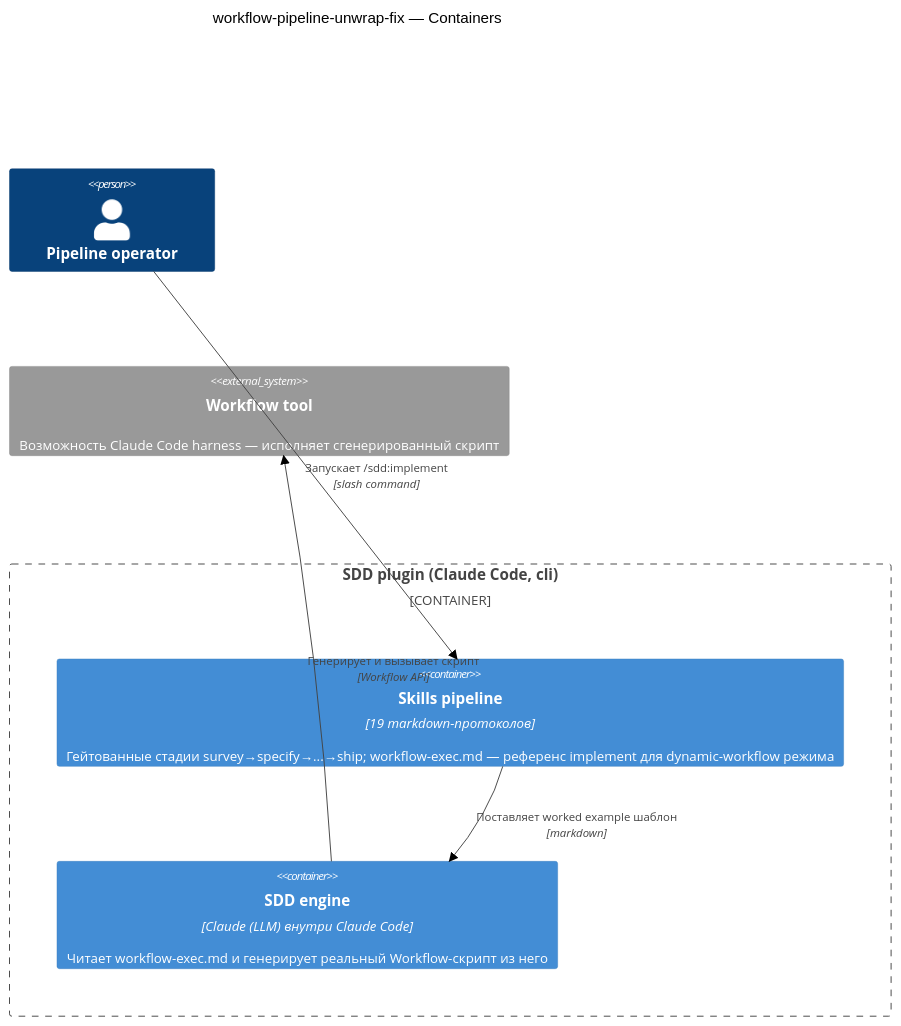
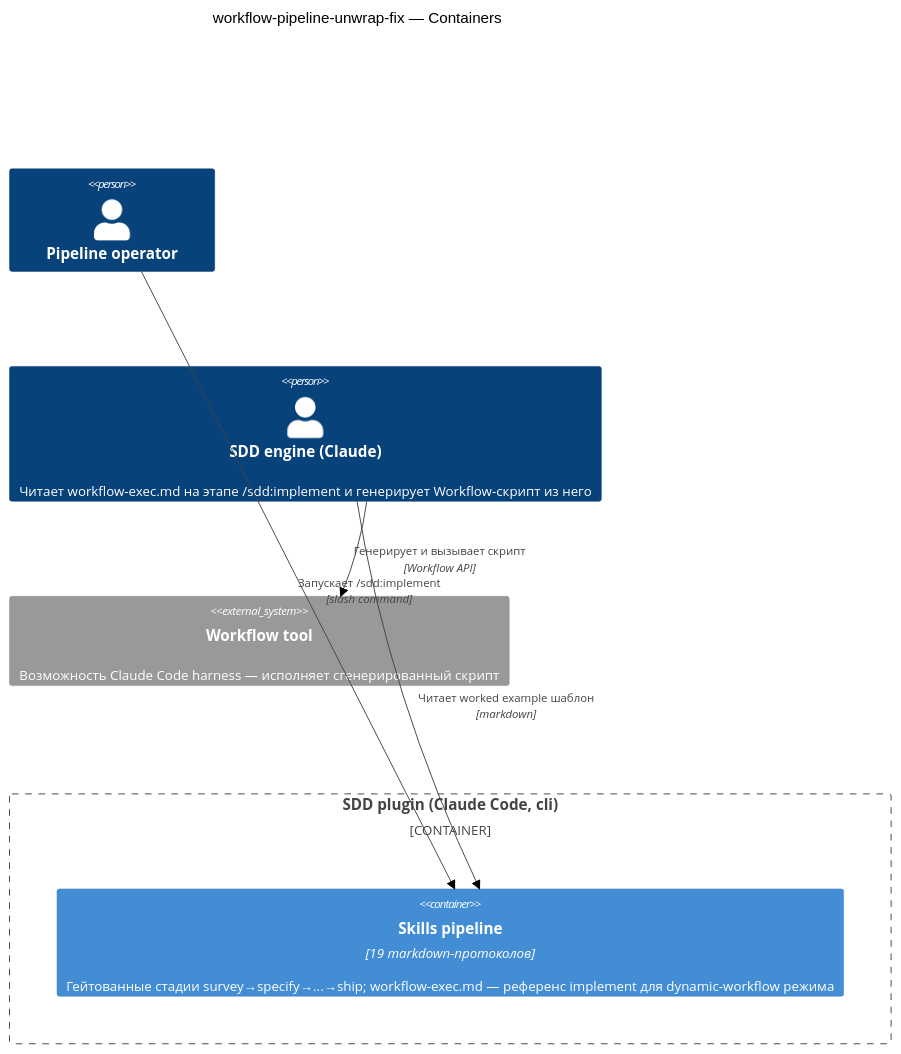
One commit to MonteMango/sdd_iOS changed the second of 3 diagrams in docs/features/workflow-pipeline-unwrap-fix/sad.md. Above: the diagram before and after it, drawn with Mermaid (neutral theme). The commit also changed other lines of this file, not shown here.

Commit message:
design: workflow-pipeline-unwrap-fix finalization (critic pass)

````diff
--- a/docs/features/workflow-pipeline-unwrap-fix/sad.md
+++ b/docs/features/workflow-pipeline-unwrap-fix/sad.md
@@ -112,17 +113,17 @@
 ```mermaid
 C4Container
     title workflow-pipeline-unwrap-fix — Containers
 
     Person(operator, "Pipeline operator")
+    Person(engine, "SDD engine (Claude)", "Читает workflow-exec.md на этапе /sdd:implement и генерирует Workflow-скрипт из него")
 
     Container_Boundary(sdd, "SDD plugin (Claude Code, cli)") {
         Container(skills, "Skills pipeline", "19 markdown-протоколов", "Гейтованные стадии survey→specify→...→ship; workflow-exec.md — референс implement для dynamic-workflow режима")
-        Container(engine, "SDD engine", "Claude (LLM) внутри Claude Code", "Читает workflow-exec.md и генерирует реальный Workflow-скрипт из него")
     }
 
     System_Ext(workflow_tool, "Workflow tool", "Возможность Claude Code harness — исполняет сгенерированный скрипт")
 
     Rel(operator, skills, "Запускает /sdd:implement", "slash command")
-    Rel(skills, engine, "Поставляет worked example шаблон", "markdown")
+    Rel(engine, skills, "Читает worked example шаблон", "markdown")
     Rel(engine, workflow_tool, "Генерирует и вызывает скрипт", "Workflow API")
 ```
````
